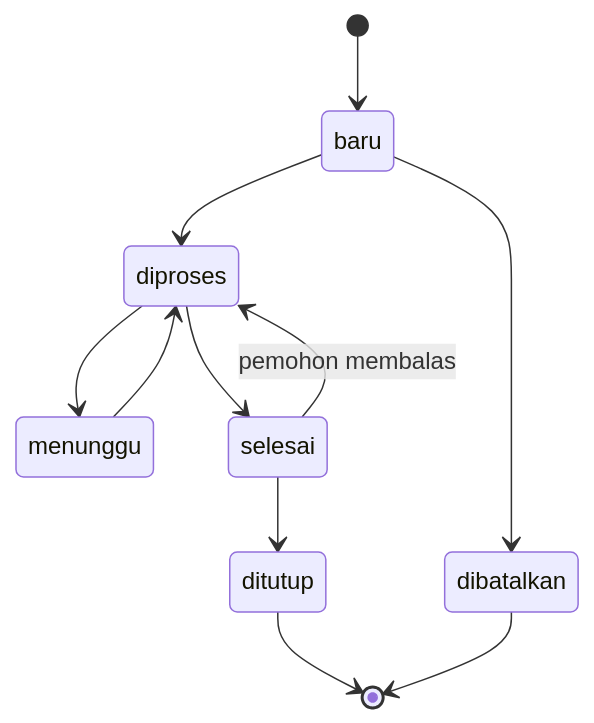
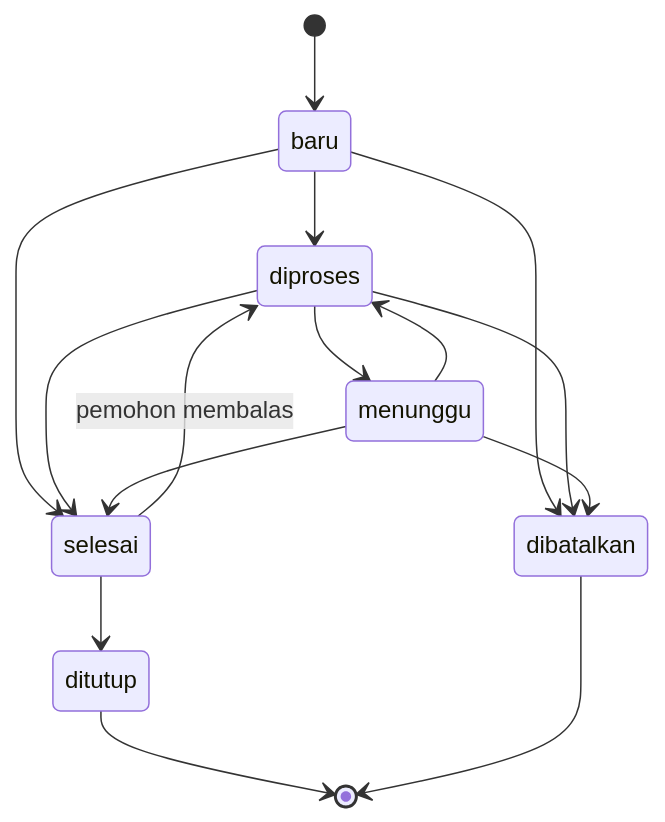
One commit to Rioagusto1808/it-helpdesk-alita changed the third of 3 diagrams in docs/PRD.md. Above: the diagram before and after it, drawn with Mermaid. The commit also changed other lines of this file and 21 other files, not shown here.

````diff
--- a/docs/PRD.md
+++ b/docs/PRD.md
@@ -335,13 +335,17 @@
 ```mermaid
 stateDiagram-v2
   [*] --> baru
   baru --> diproses
+  baru --> selesai
   baru --> dibatalkan
   diproses --> menunggu
   menunggu --> diproses
   diproses --> selesai
+  diproses --> dibatalkan
+  menunggu --> selesai
+  menunggu --> dibatalkan
   selesai --> diproses: pemohon membalas
   selesai --> ditutup
   ditutup --> [*]
   dibatalkan --> [*]
 ```
````
